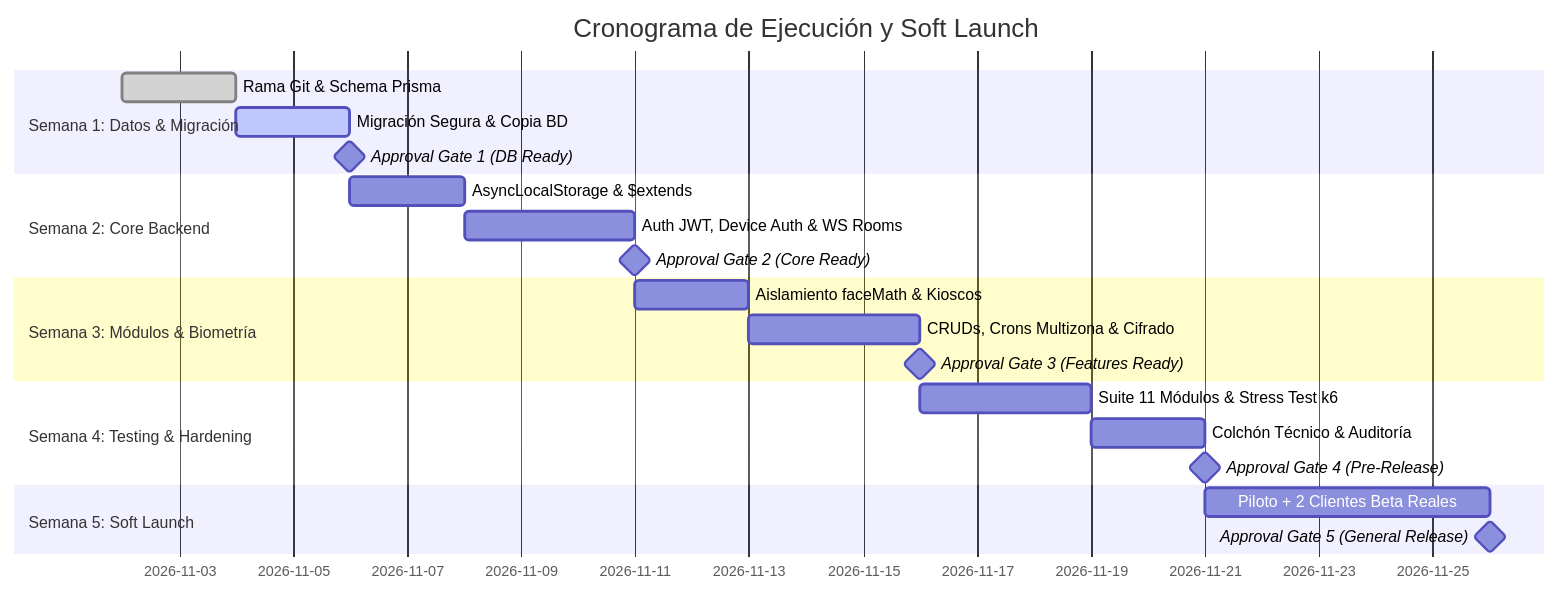
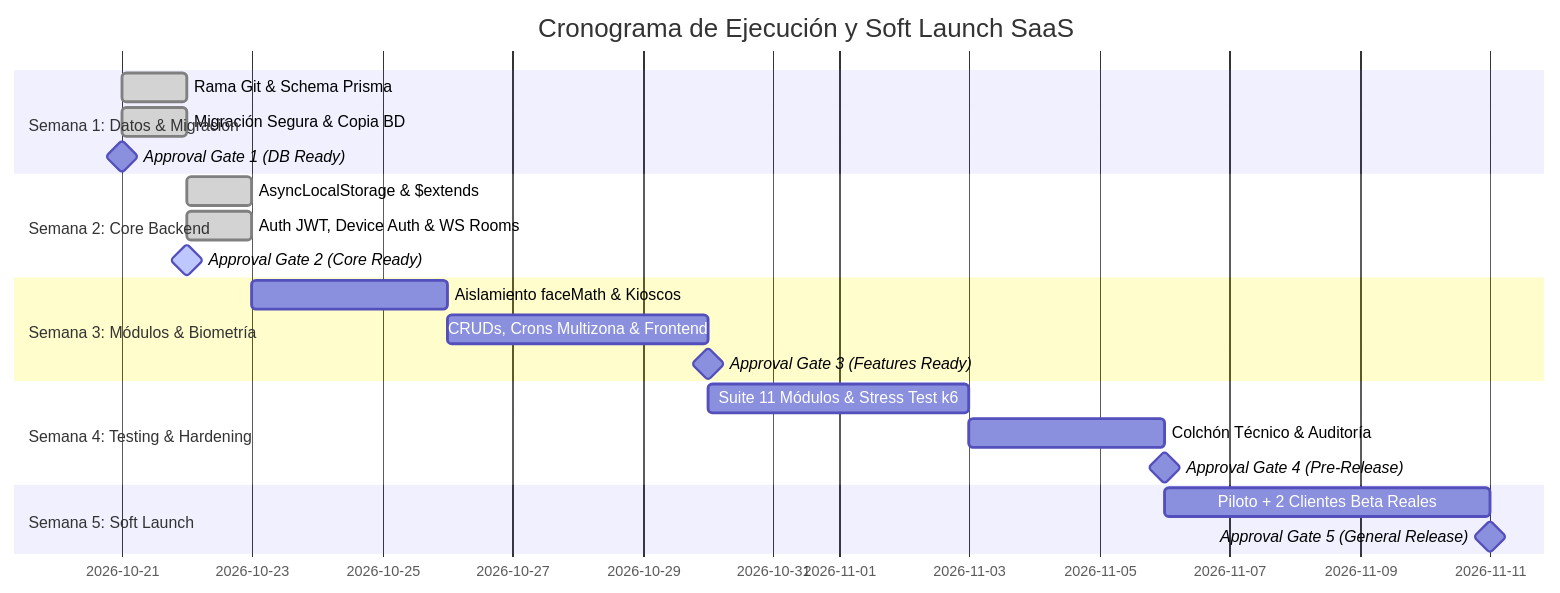
One commit to GabrielAvila5/ReconocimientoFPainProject changed the second of 2 diagrams in docs/saas/saas_multitenant_implementation_plan.md. Above: the diagram before and after it, drawn with Mermaid. The commit also changed other lines of this file, not shown here.

````diff
--- a/docs/saas/saas_multitenant_implementation_plan.md
+++ b/docs/saas/saas_multitenant_implementation_plan.md
@@ -224,24 +250,24 @@
 ```mermaid
 gantt
-    title Cronograma de Ejecución y Soft Launch
+    title Cronograma de Ejecución y Soft Launch SaaS
     dateFormat  YYYY-MM-DD
     section Semana 1: Datos & Migración
-    Rama Git & Schema Prisma           :done, s1a, 2026-11-02, 2d
-    Migración Segura & Copia BD        :active, s1b, after s1a, 2d
-    Approval Gate 1 (DB Ready)         :milestone, after s1b, 0d
+    Rama Git & Schema Prisma           :done, s1a, 2026-10-21, 1d
+    Migración Segura & Copia BD        :done, s1b, 2026-10-21, 1d
+    Approval Gate 1 (DB Ready)         :milestone, 2026-10-21, 0d
     section Semana 2: Core Backend
-    AsyncLocalStorage & $extends       :s2a, after s1b, 2d
-    Auth JWT, Device Auth & WS Rooms   :s2b, after s2a, 3d
-    Approval Gate 2 (Core Ready)       :milestone, after s2b, 0d
+    AsyncLocalStorage & $extends       :done, s2a, 2026-10-22, 1d
+    Auth JWT, Device Auth & WS Rooms   :done, s2b, 2026-10-22, 1d
+    Approval Gate 2 (Core Ready)       :active, milestone, 2026-10-22, 0d
     section Semana 3: Módulos & Biometría
-    Aislamiento faceMath & Kioscos     :s3a, after s2b, 2d
-    CRUDs, Crons Multizona & Cifrado   :s3b, after s3a, 3d
+    Aislamiento faceMath & Kioscos     :s3a, 2026-10-23, 3d
+    CRUDs, Crons Multizona & Frontend  :s3b, after s3a, 4d
     Approval Gate 3 (Features Ready)   :milestone, after s3b, 0d
     section Semana 4: Testing & Hardening
-    Suite 11 Módulos & Stress Test k6  :s4a, after s3b, 3d
-    Colchón Técnico & Auditoría        :s4b, after s4a, 2d
+    Suite 11 Módulos & Stress Test k6  :s4a, 2026-10-30, 4d
+    Colchón Técnico & Auditoría        :s4b, after s4a, 3d
     Approval Gate 4 (Pre-Release)      :milestone, after s4b, 0d
     section Semana 5: Soft Launch
-    Piloto + 2 Clientes Beta Reales   :s5a, after s4b, 5d
+    Piloto + 2 Clientes Beta Reales    :s5a, 2026-11-06, 5d
     Approval Gate 5 (General Release)  :milestone, after s5a, 0d
 ```
````
